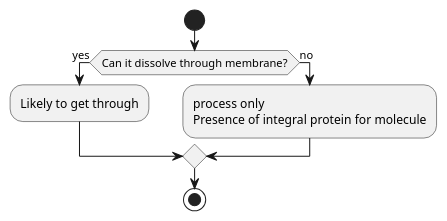
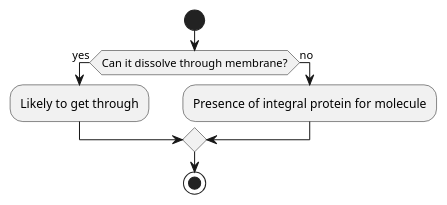
Before and after one commit to ashwinreddy/wiki: the diagram in Biology/Cell-Biology/Cell-Membrane.md, drawn with PlantUML.

Commit message:
Updated Cell%20Membrane (markdown)

```diff
--- a/Biology/Cell-Biology/Cell-Membrane.md
+++ b/Biology/Cell-Biology/Cell-Membrane.md
@@ -40,10 +40,9 @@
 @startuml
 start
 if (Can it dissolve through membrane?) then (yes)
   :Likely to get through;
 else (no)
-  :process only
-  Presence of integral protein for molecule;
+  :Presence of integral protein for molecule;
 endif
 stop
 @enduml
```
